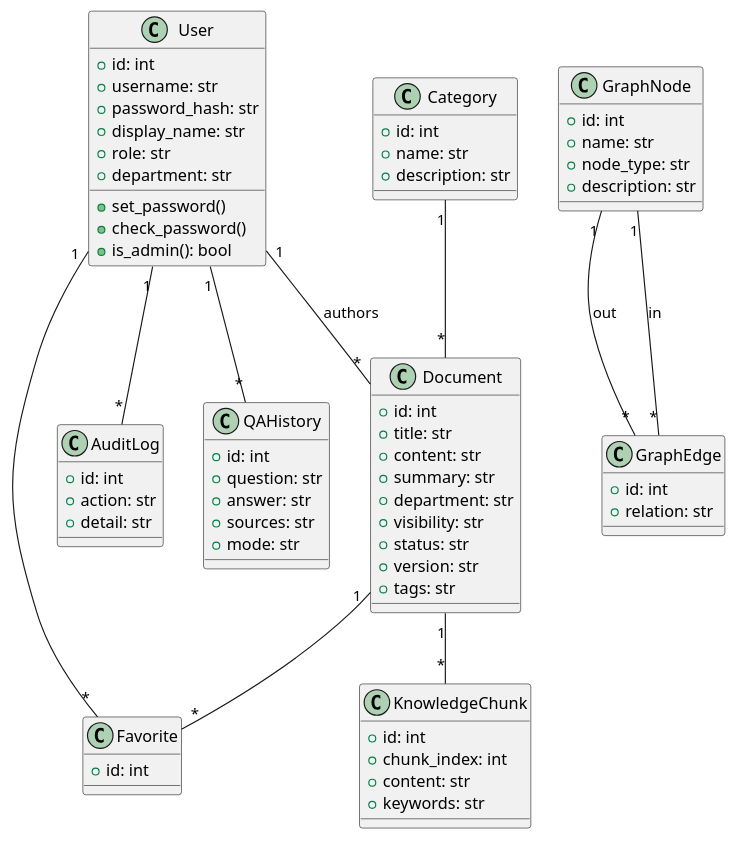
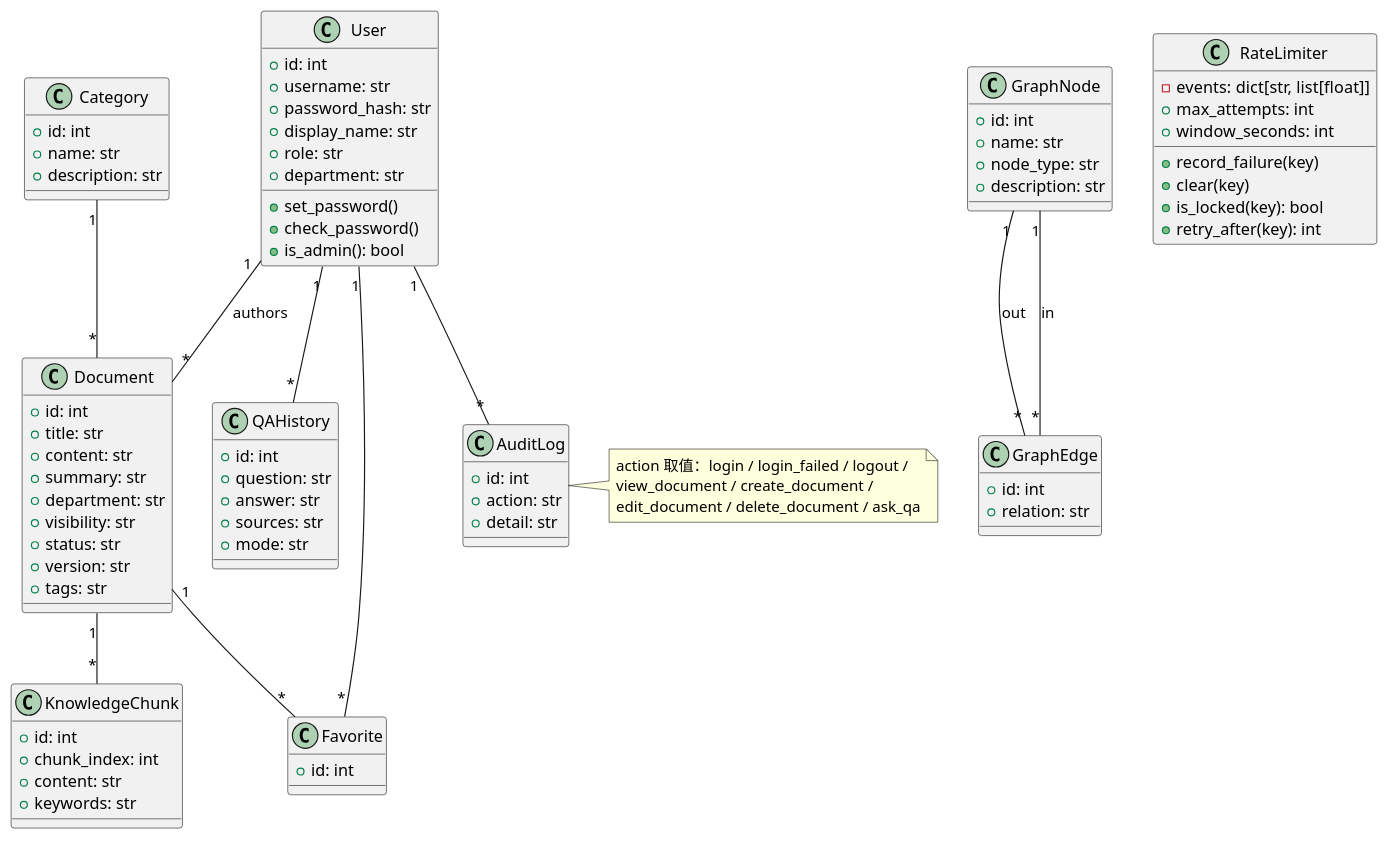
Before and after one commit to Shigurekaya/test-web: the diagram in docs/uml/06-类图.puml, drawn with PlantUML. The commit also changed 13 other files, not shown here.

```diff
--- a/docs/uml/06-类图.puml
+++ b/docs/uml/06-类图.puml
@@ -1,78 +1,94 @@
 @startuml 06-类图
 class User {
   +id: int
   +username: str
   +password_hash: str
   +display_name: str
   +role: str
   +department: str
   +set_password()
   +check_password()
   +is_admin(): bool
 }
 
 class Category {
   +id: int
   +name: str
   +description: str
 }
 
 class Document {
   +id: int
   +title: str
   +content: str
   +summary: str
   +department: str
   +visibility: str
   +status: str
   +version: str
   +tags: str
 }
 
 class KnowledgeChunk {
   +id: int
   +chunk_index: int
   +content: str
   +keywords: str
 }
 
 class GraphNode {
   +id: int
   +name: str
   +node_type: str
   +description: str
 }
 
 class GraphEdge {
   +id: int
   +relation: str
 }
 
 class Favorite {
   +id: int
 }
 
 class AuditLog {
   +id: int
   +action: str
   +detail: str
 }
 
+class RateLimiter {
+  -events: dict[str, list[float]]
+  +max_attempts: int
+  +window_seconds: int
+  +record_failure(key)
+  +clear(key)
+  +is_locked(key): bool
+  +retry_after(key): int
+}
+
 class QAHistory {
   +id: int
   +question: str
   +answer: str
   +sources: str
   +mode: str
 }
 
 User "1" -- "*" Document : authors
 Category "1" -- "*" Document
 Document "1" -- "*" KnowledgeChunk
 Document "1" -- "*" Favorite
 User "1" -- "*" Favorite
+note right of AuditLog
+  action 取值：login / login_failed / logout /
+  view_document / create_document /
+  edit_document / delete_document / ask_qa
+end note
+
 User "1" -- "*" AuditLog
 User "1" -- "*" QAHistory
 GraphNode "1" -- "*" GraphEdge : out
 GraphNode "1" -- "*" GraphEdge : in
 @enduml
```
